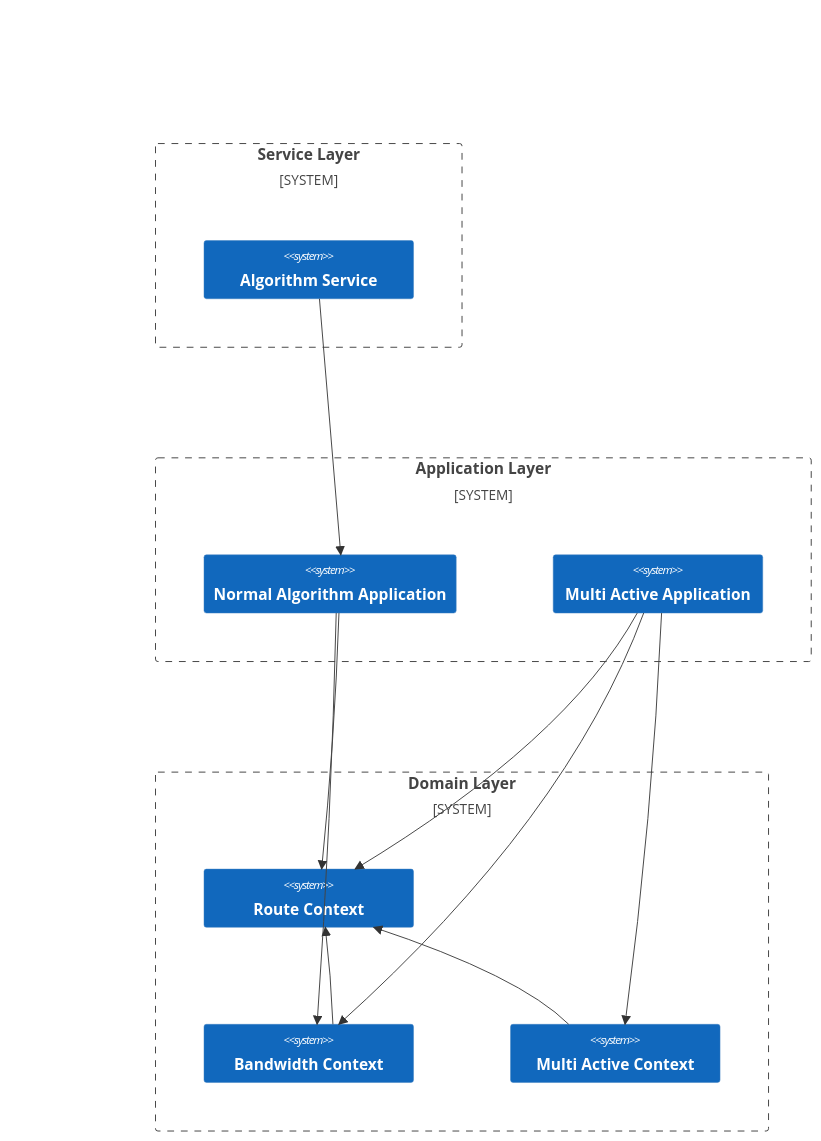
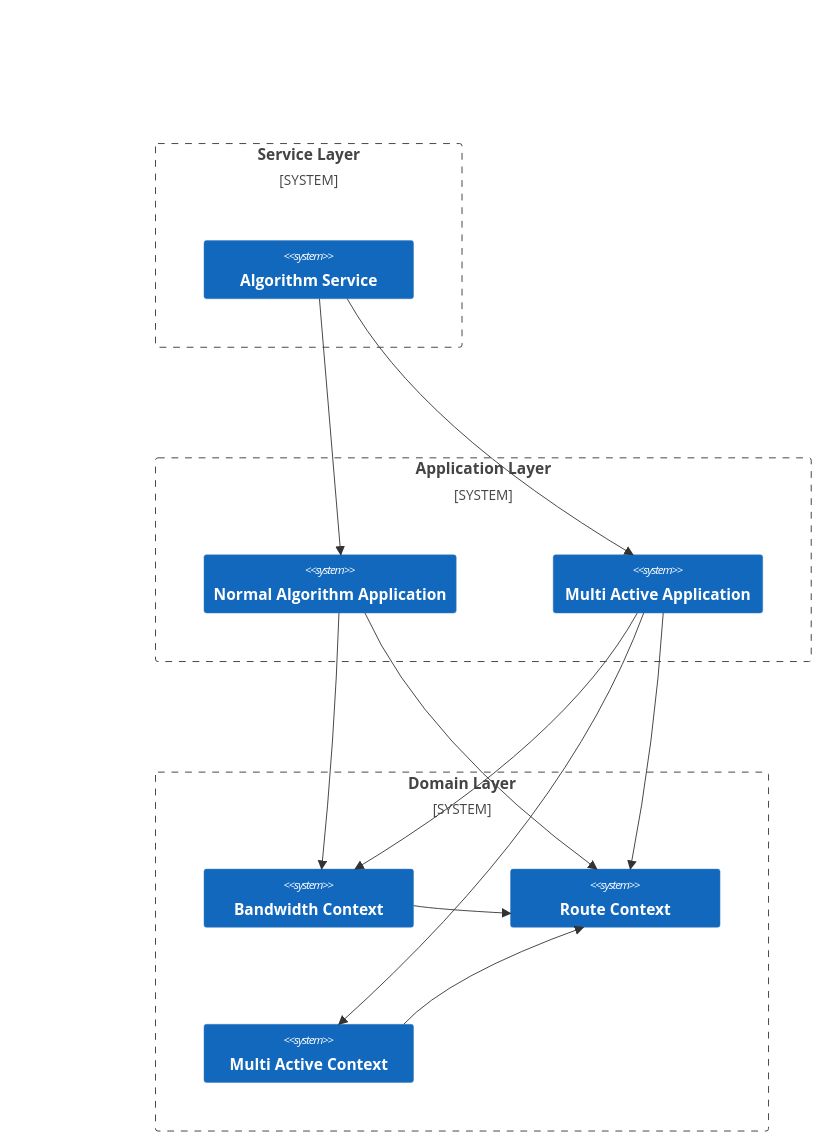
The second of 2 diagrams in docs/guide/what-is-ospf.md (fuookami/ospf), drawn with Mermaid before and after one commit. The commit also changed other lines of this file and 23 other files, not shown here.

````diff
--- a/docs/guide/what-is-ospf.md
+++ b/docs/guide/what-is-ospf.md
@@ -412,26 +414,27 @@
 ```mermaid
 C4Context
   System_Boundary(ServiceLayer, "Service Layer") {
     System(AlgorithmService, "Algorithm Service")
   }
   System_Boundary(ApplicationLayer, "Application Layer") {
     System(NormalApplication, "Normal Algorithm Application")
     System(MultiActiveApplication, "Multi Active Application")
   }
   System_Boundary(DomainLayer, "Domain Layer") {
+    System(BandwidthContext, "Bandwidth Context")
     System(RouteContext, "Route Context")
-    System(BandwidthContext, "Bandwidth Context")
     System(MultiActiveContext, "Multi Active Context")
   }
 
   Rel(AlgorithmService, NormalApplication, "", "")
+  Rel(AlgorithmService, MultiActiveApplication, "", "")
   Rel(NormalApplication, RouteContext, "", "")
   Rel(NormalApplication, BandwidthContext, "", "")
   Rel(MultiActiveApplication, RouteContext, "", "")
   Rel(MultiActiveApplication, BandwidthContext, "", "")
   Rel(MultiActiveApplication, MultiActiveContext, "", "")
   Rel(BandwidthContext, RouteContext, "", "")
   Rel(MultiActiveContext, RouteContext, "", "")
 
-  UpdateLayoutConfig($c4ShapeInRow="4", $c4BoundaryInRow="1")
+  UpdateLayoutConfig($c4ShapeInRow="6", $c4BoundaryInRow="1")
 ```
````
